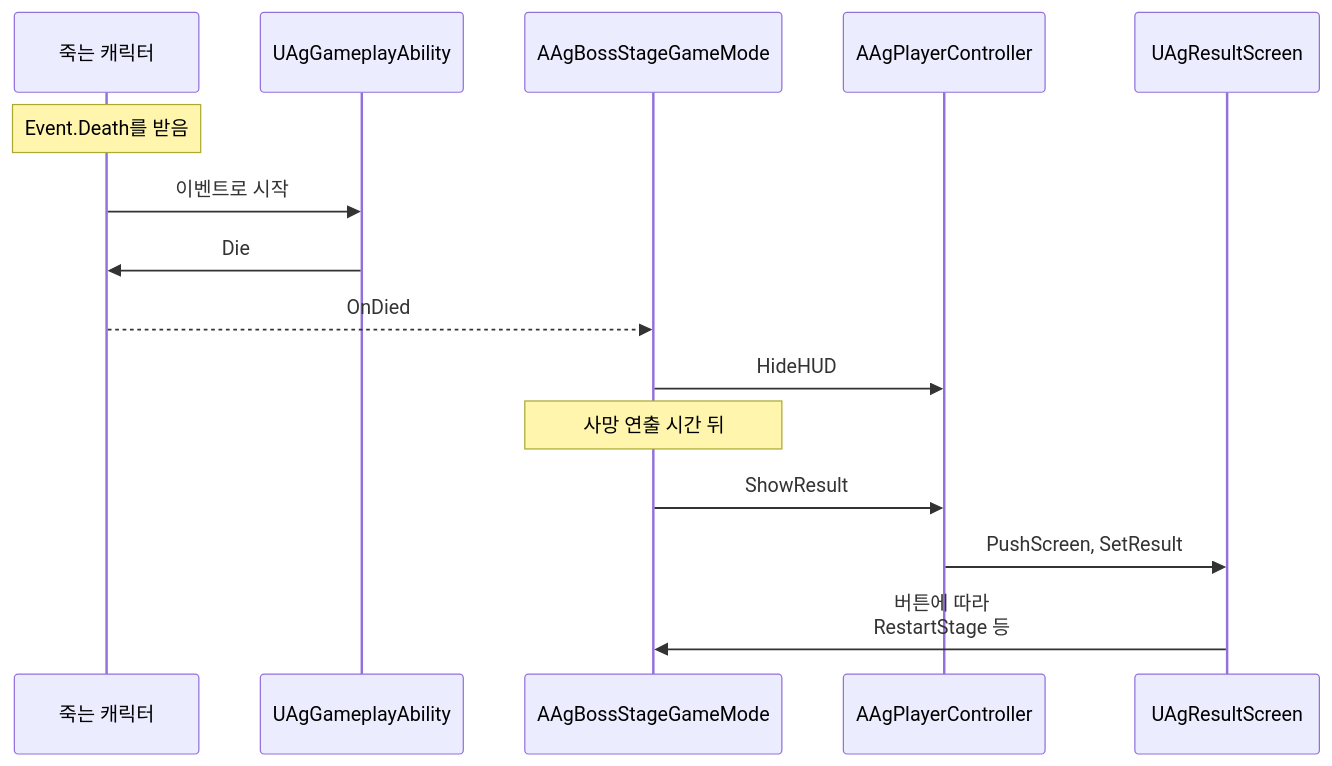
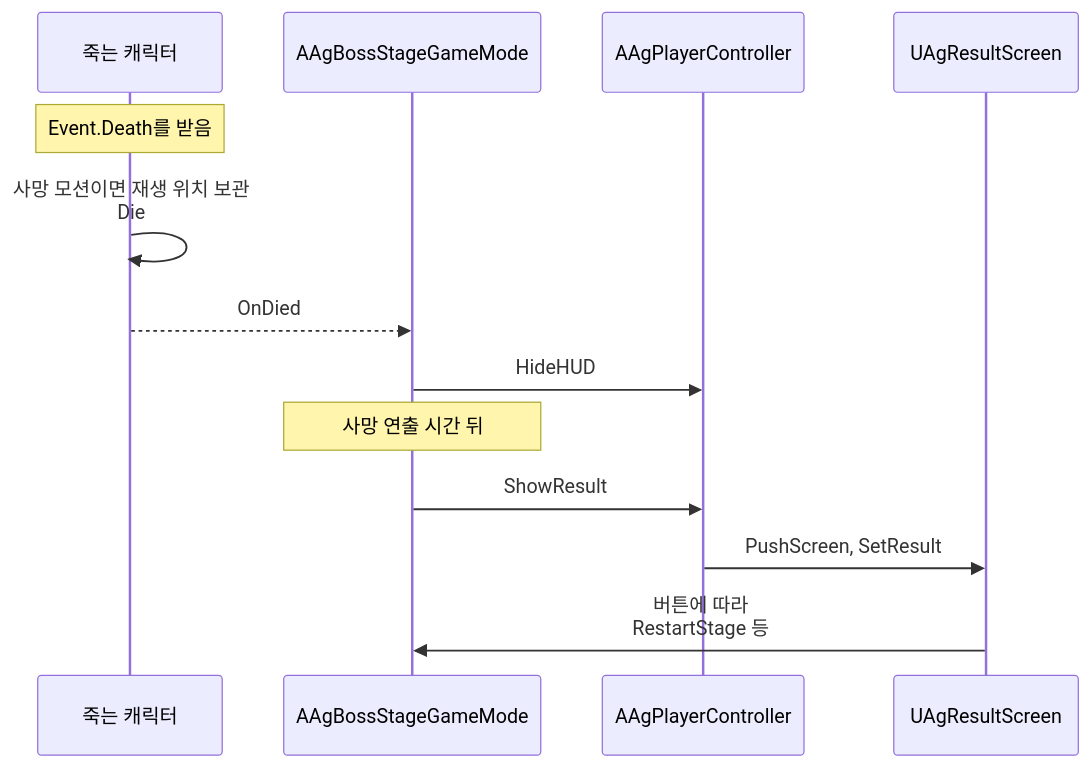
The second of 2 diagrams in Docs/Program/사망 처리.md (Woogl/Ag), drawn with Mermaid before and after one commit. The commit also changed other lines of this file and 15 other files, not shown here.

````diff
--- a/Docs/Program/사망 처리.md
+++ b/Docs/Program/사망 처리.md
@@ -38,17 +35,15 @@
 ```mermaid
 sequenceDiagram
     participant C as 죽는 캐릭터
-    participant D as UAgGameplayAbility
     participant GM as AAgBossStageGameMode
     participant PC as AAgPlayerController
     participant R as UAgResultScreen
     Note over C: Event.Death를 받음
-    C->>D: 이벤트로 시작
-    D->>C: Die
+    C->>C: 사망 모션이면 재생 위치 보관<br>Die
     C-->>GM: OnDied
     GM->>PC: HideHUD
     Note over GM: 사망 연출 시간 뒤
     GM->>PC: ShowResult
     PC->>R: PushScreen, SetResult
     R->>GM: 버튼에 따라<br>RestartStage 등
 ```
````
